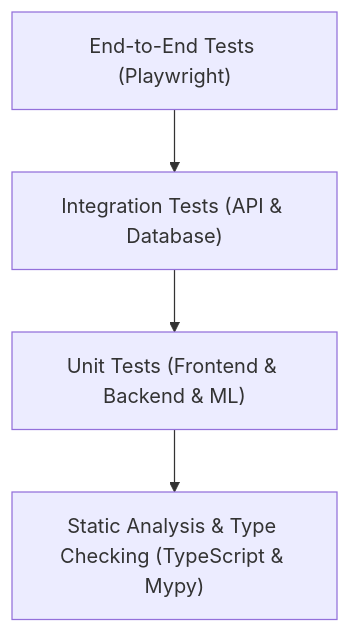
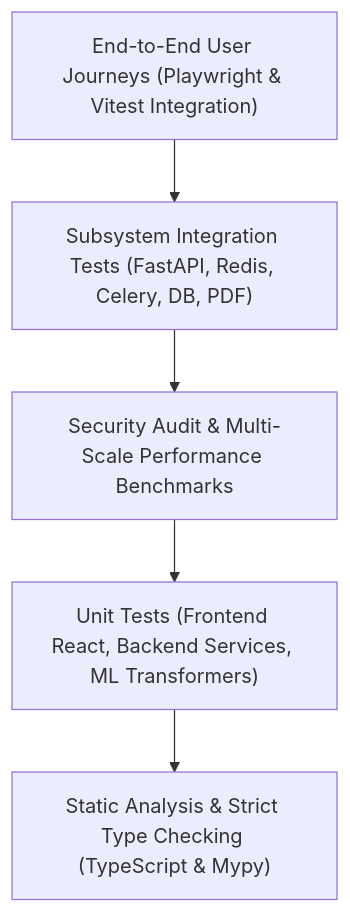
One commit to sumedhacp/kollamo-ai-v2 changed the diagram in docs/testing.md. Above: the diagram before and after it, drawn with Mermaid. The commit also changed other lines of this file and 16 other files, not shown here.

````diff
--- a/docs/testing.md
+++ b/docs/testing.md
@@ -7,11 +9,13 @@
 ```mermaid
 flowchart TD
-    E2E["End-to-End Tests (Playwright)"]
-    Integration["Integration Tests (API & Database)"]
-    Unit["Unit Tests (Frontend & Backend & ML)"]
-    Static["Static Analysis & Type Checking (TypeScript & Mypy)"]
+    E2E["End-to-End User Journeys (Playwright & Vitest Integration)"]
+    Integration["Subsystem Integration Tests (FastAPI, Redis, Celery, DB, PDF)"]
+    SecurityPerf["Security Audit & Multi-Scale Performance Benchmarks"]
+    Unit["Unit Tests (Frontend React, Backend Services, ML Transformers)"]
+    Static["Static Analysis & Strict Type Checking (TypeScript & Mypy)"]
 
     E2E --> Integration
-    Integration --> Unit
+    Integration --> SecurityPerf
+    SecurityPerf --> Unit
     Unit --> Static
 ```
````
